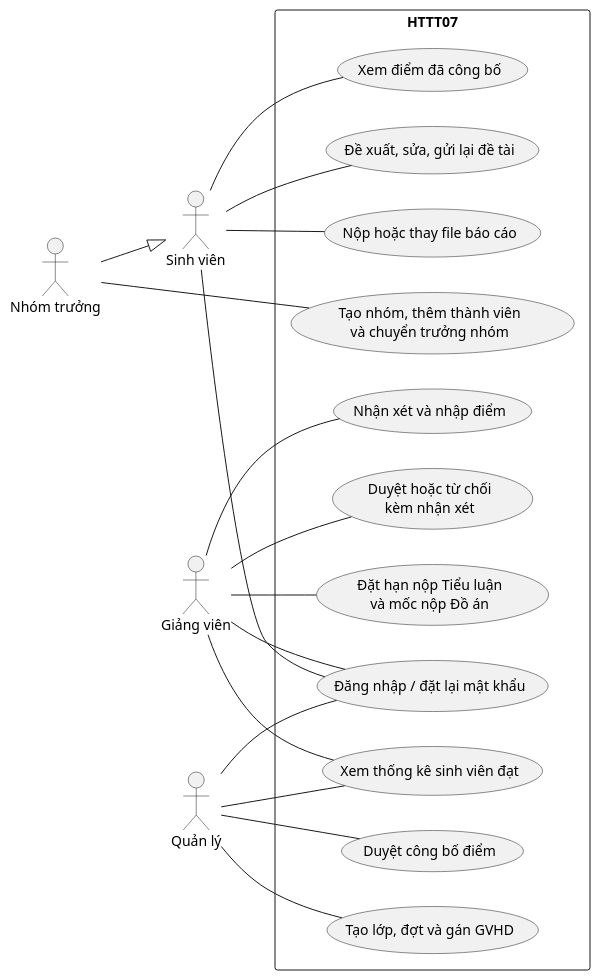
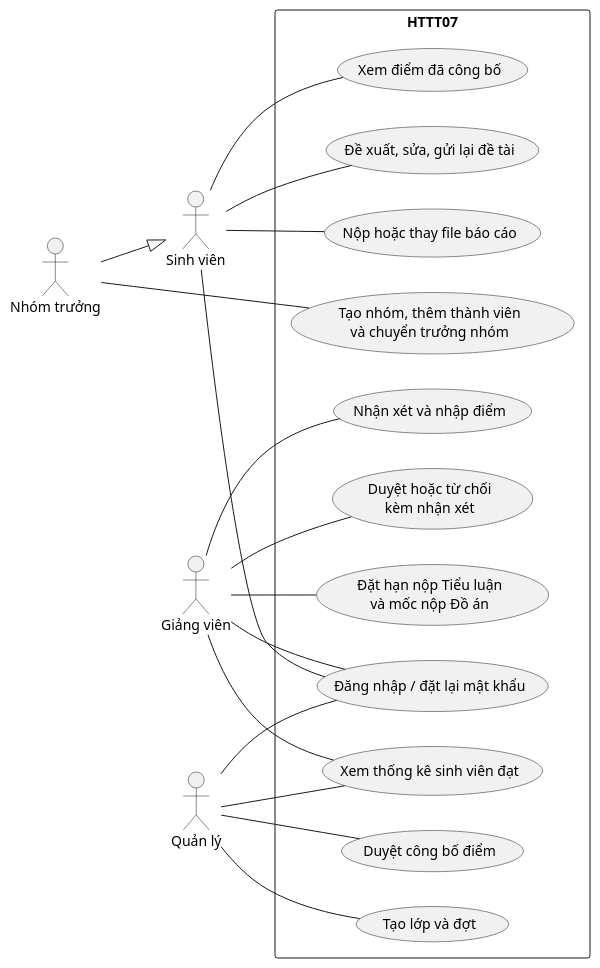
Before and after one commit to lam-vu6868/HTQL_TieuLuan_DoAN: the first of 6 diagrams in 02-so-do-uml.md, drawn with PlantUML. The commit also changed other lines of this file and 17 other files, not shown here.

````diff
--- a/02-so-do-uml.md
+++ b/02-so-do-uml.md
@@ -7,37 +7,37 @@
 ```plantuml
 @startuml
 left to right direction
 actor "Sinh viên" as SV
 actor "Nhóm trưởng" as NT
 actor "Giảng viên" as GV
 actor "Quản lý" as QL
 NT --|> SV
 rectangle HTTT07 {
   usecase "Đăng nhập / đặt lại mật khẩu" as Login
   usecase "Tạo nhóm, thêm thành viên\nvà chuyển trưởng nhóm" as Group
   usecase "Đề xuất, sửa, gửi lại đề tài" as Register
   usecase "Duyệt hoặc từ chối\nkèm nhận xét" as Review
   usecase "Nộp hoặc thay file báo cáo" as Submit
   usecase "Nhận xét và nhập điểm" as Grade
   usecase "Xem điểm đã công bố" as View
-  usecase "Tạo lớp, đợt và gán GVHD" as Setup
+  usecase "Tạo lớp và đợt" as Setup
   usecase "Đặt hạn nộp Tiểu luận\nvà mốc nộp Đồ án" as Deadlines
   usecase "Duyệt công bố điểm" as Publish
   usecase "Xem thống kê sinh viên đạt" as Stats
 }
 SV -- Login
 SV -- Register
 SV -- Submit
 SV -- View
 NT -- Group
 GV -- Login
 GV -- Review
 GV -- Grade
 GV -- Stats
 GV -- Deadlines
 QL -- Login
 QL -- Setup
 QL -- Publish
 QL -- Stats
 @enduml
 ```
````
